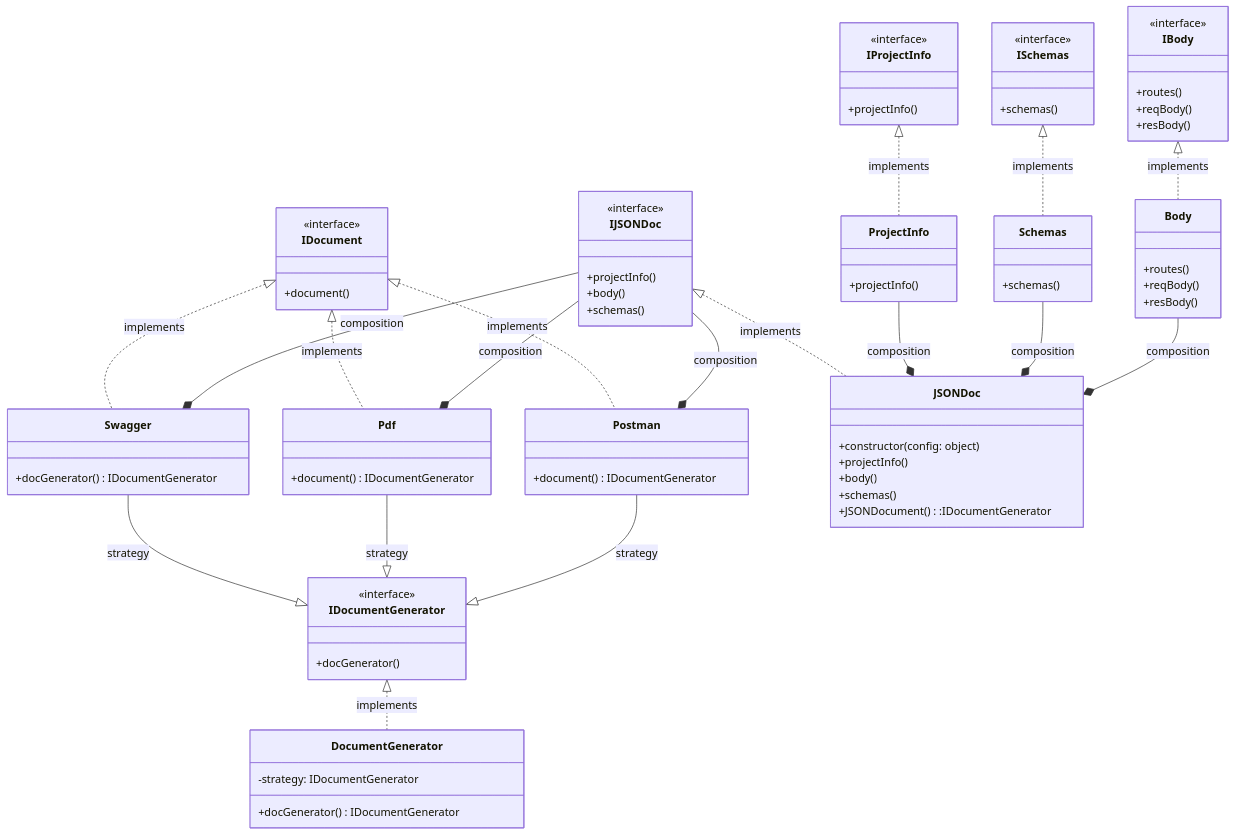
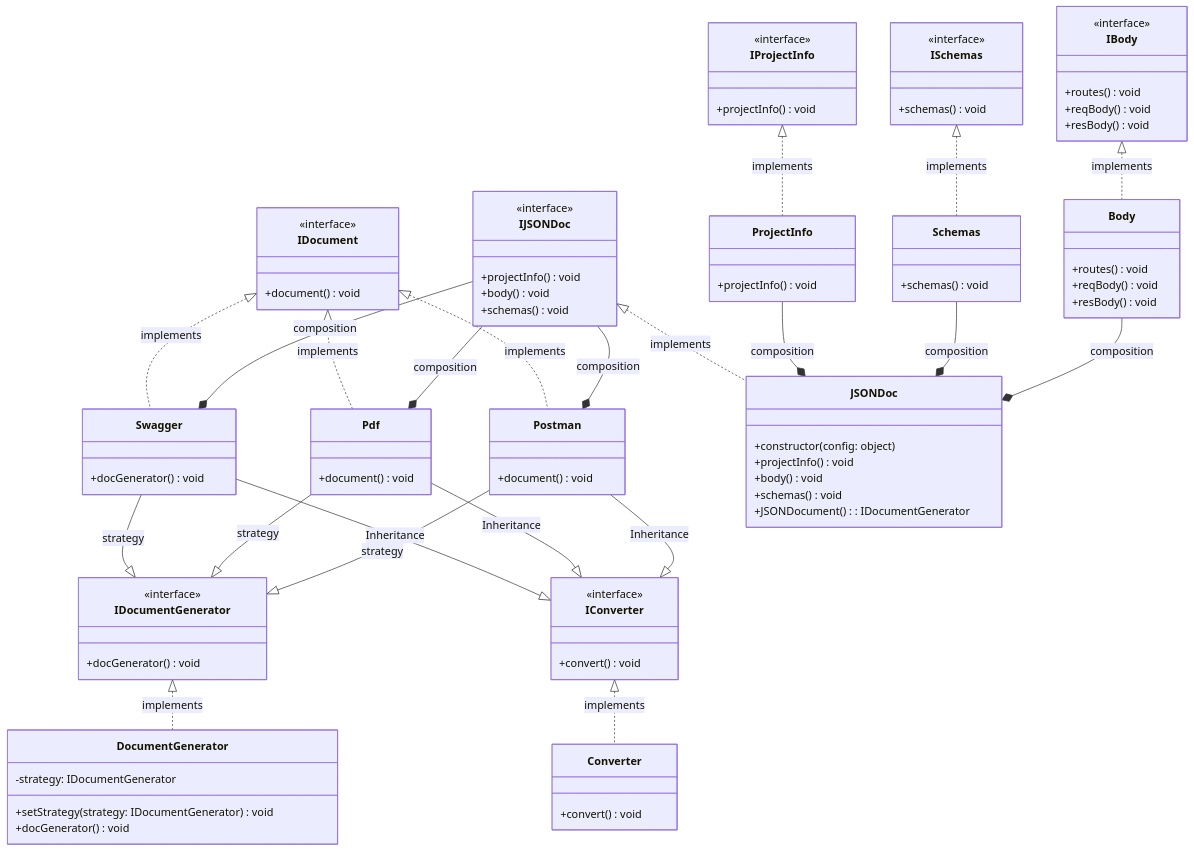
Before and after one commit to tajal1/apidoc-swagger: the diagram in documents/class-diagram.md, drawn with Mermaid.

Commit message:
update apidoc class diagram (https://trello.com/c/MoCGNI0w)

````diff
--- a/documents/class-diagram.md
+++ b/documents/class-diagram.md
@@ -3,44 +3,45 @@
 
 class IDocumentGenerator {
     <<interface>>
-    +docGenerator()
+    +docGenerator() void
 }
 
 class IDocument {
     <<interface>>
-    +document()
+    +document() void
 }
 
 class IJSONDoc {
     <<interface>>
-    +projectInfo()
-    +body()
-    +schemas()
+    +projectInfo() void
+    +body() void
+    +schemas() void
 }
 
 IDocumentGenerator <|.. DocumentGenerator : implements
 
 class DocumentGenerator {
     -strategy: IDocumentGenerator
-    +docGenerator() IDocumentGenerator
+    +setStrategy(strategy: IDocumentGenerator) void
+    +docGenerator() void
 }
 
 IDocument <|.. Swagger : implements
 IJSONDoc --* Swagger : composition
 class Swagger {
-    +docGenerator() IDocumentGenerator
+    +docGenerator() void
 }
 
 IDocument <|.. Pdf : implements
 IJSONDoc --* Pdf : composition
 class Pdf {
-    +document() IDocumentGenerator
+    +document() void
 }
 
 IDocument <|.. Postman : implements
 IJSONDoc --* Postman : composition
 class Postman {
-    +document() IDocumentGenerator
+    +document() void
 }
 
 Swagger --|> IDocumentGenerator : strategy
@@ -53,45 +54,56 @@
 Body --* JSONDoc : composition
 class JSONDoc {
     +constructor(config: object)
-    +projectInfo()
-    +body()
-    +schemas()
-    +JSONDocument():IDocumentGenerator
+    +projectInfo() void
+    +body() void
+    +schemas() void
+    +JSONDocument(): IDocumentGenerator
 }
-
 
 class IProjectInfo {
     <<interface>>
-    +projectInfo()
+    +projectInfo() void
 }
 
 IProjectInfo <|.. ProjectInfo : implements
 class ProjectInfo{
-    +projectInfo()
+    +projectInfo() void
 }
 
 class ISchemas {
     <<interface>>
-    +schemas()
+    +schemas() void
 }
 
 ISchemas <|.. Schemas : implements
 class Schemas{
-    +schemas()
+    +schemas() void
 }
 
 class IBody {
     <<interface>>
-    +routes()
-    +reqBody()
-    +resBody()
+    +routes() void
+    +reqBody() void
+    +resBody() void
 }
 
 IBody <|.. Body : implements
 class Body{
-    +routes()
-    +reqBody()
-    +resBody()
+    +routes() void
+    +reqBody() void
+    +resBody() void
 }
 
+class IConverter {
+    <<interface>>
+    +convert() void
+}
+
+IConverter <|.. Converter : implements
+Swagger --|> IConverter : Inheritance
+Pdf --|> IConverter : Inheritance
+Postman --|> IConverter : Inheritance
+class Converter {
+    +convert() void
+}
 ```
````
